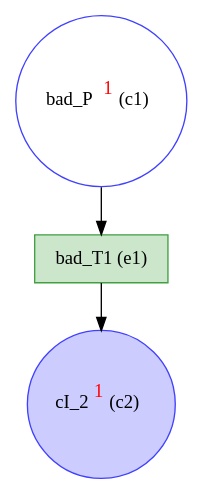
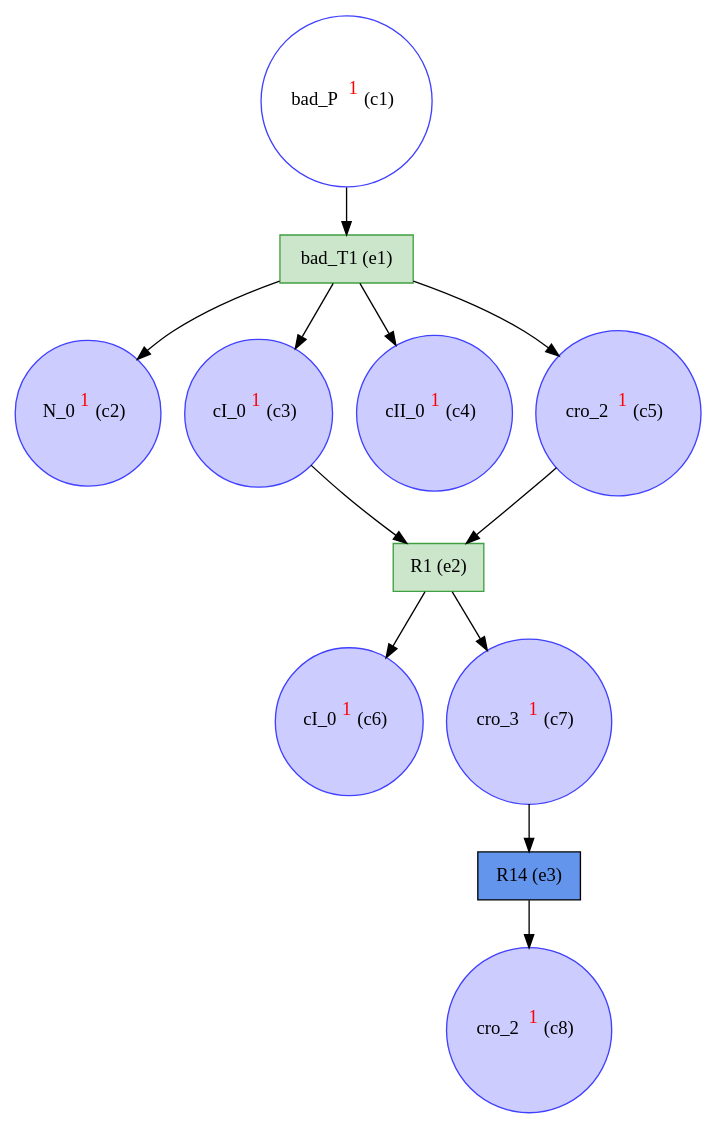
Before and after one commit to giannkas/ecofolder: the diagram in examples/models/lambdaswitch/lambdaswitch_bad_unf.dot, drawn with Graphviz. The commit also changed 178 other files, not shown here.

```diff
--- a/examples/models/lambdaswitch/lambdaswitch_bad_unf.dot
+++ b/examples/models/lambdaswitch/lambdaswitch_bad_unf.dot
@@ -1,7 +1,24 @@
 digraph test {
   c1 -> e1;
   e1 -> c2;
+  e1 -> c3;
+  c3 -> e2;
+  e1 -> c4;
+  e1 -> c5;
+  c5 -> e2;
+  e2 -> c6;
+  e2 -> c7;
+  c7 -> e3;
+  e3 -> c8;
   c1 [color="#4040ff" fillcolor="transparent" label= <bad_P<FONT COLOR="red"><SUP>1</SUP></FONT>&nbsp;(c1)> shape=circle style=filled];
-  c2 [color="#4040ff" fillcolor="#ccccff" label= <cI_2<FONT COLOR="red"><SUP>1</SUP></FONT>&nbsp;(c2)> shape=circle style=filled];
+  c2 [color="#4040ff" fillcolor="#ccccff" label= <N_0<FONT COLOR="red"><SUP>1</SUP></FONT>&nbsp;(c2)> shape=circle style=filled];
+  c3 [color="#4040ff" fillcolor="#ccccff" label= <cI_0<FONT COLOR="red"><SUP>1</SUP></FONT>&nbsp;(c3)> shape=circle style=filled];
+  c4 [color="#4040ff" fillcolor="#ccccff" label= <cII_0<FONT COLOR="red"><SUP>1</SUP></FONT>&nbsp;(c4)> shape=circle style=filled];
+  c5 [color="#4040ff" fillcolor="#ccccff" label= <cro_2<FONT COLOR="red"><SUP>1</SUP></FONT>&nbsp;(c5)> shape=circle style=filled];
+  c6 [color="#4040ff" fillcolor="#ccccff" label= <cI_0<FONT COLOR="red"><SUP>1</SUP></FONT>&nbsp;(c6)> shape=circle style=filled];
+  c7 [color="#4040ff" fillcolor="#ccccff" label= <cro_3<FONT COLOR="red"><SUP>1</SUP></FONT>&nbsp;(c7)> shape=circle style=filled];
+  c8 [color="#4040ff" fillcolor="#ccccff" label= <cro_2<FONT COLOR="red"><SUP>1</SUP></FONT>&nbsp;(c8)> shape=circle style=filled];
   e1 [color="#409f40" fillcolor="#cce6cc" label="bad_T1 (e1)" shape=box style=filled];
+  e2 [color="#409f40" fillcolor="#cce6cc" label="R1 (e2)" shape=box style=filled];
+  e3 [color=black fillcolor="cornflowerblue:cornflowerblue" label="R14 (e3)" shape=box style=filled];
 }
```
